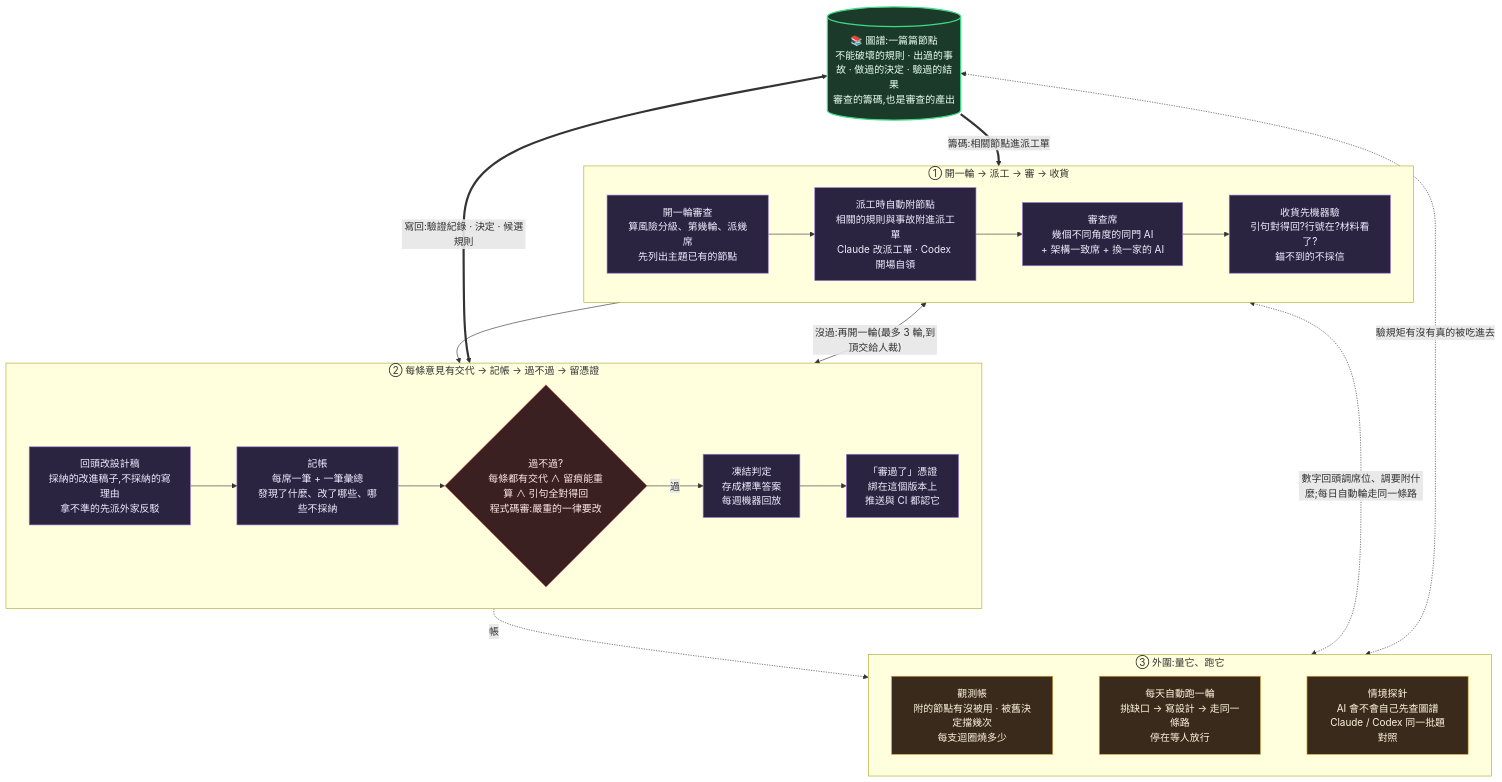
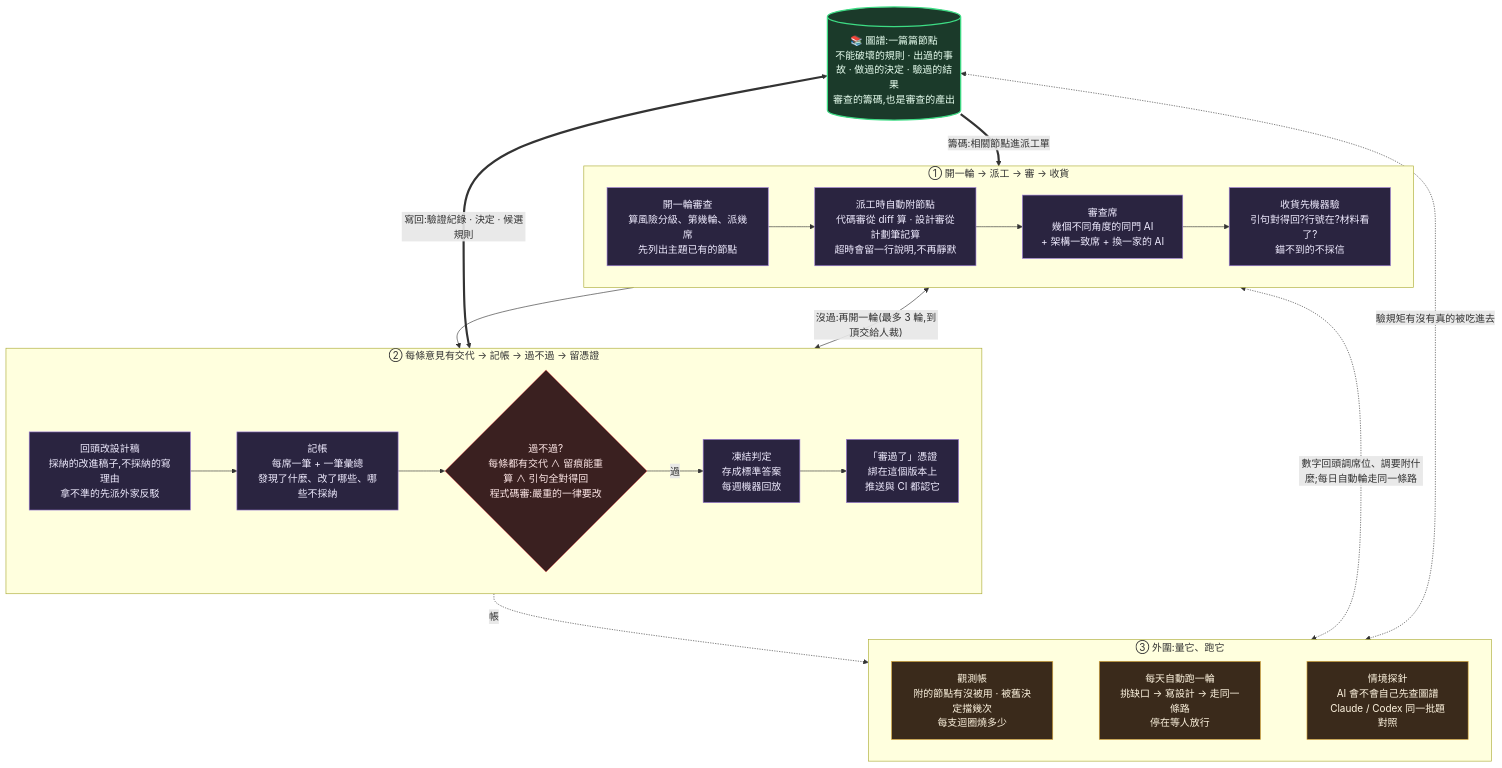
The fifth of 5 diagrams in ARCHITECTURE.md (EnzoHsieh-Android/Lumos), drawn with Mermaid before and after one commit. The commit also changed 4 other files, not shown here.

First line of the commit message:
docs(六修): 良性循環圖鏡頭標籤(中英)、總覽 FLOW、指令索引計劃補段

````diff
--- a/ARCHITECTURE.md
+++ b/ARCHITECTURE.md
@@ -192,36 +192,36 @@
 ```mermaid
 flowchart TB
     NODES[("📚 圖譜:一篇篇節點<br/>不能破壞的規則 · 出過的事故 · 做過的決定 · 驗過的結果<br/>審查的籌碼,也是審查的產出")]
 
     subgraph R1["① 開一輪 → 派工 → 審 → 收貨"]
         direction LR
-        NEXT["開一輪審查<br/>算風險分級、第幾輪、派幾席<br/>先列出主題已有的節點"] --> LENS["派工時自動附節點<br/>相關的規則與事故附進派工單<br/>Claude 改派工單 · Codex 開場自領"] --> SEATS["審查席<br/>幾個不同角度的同門 AI<br/>+ 架構一致席 + 換一家的 AI"] --> INTAKE["收貨先機器驗<br/>引句對得回?行號在?材料看了?<br/>錨不到的不採信"]
+        NEXT["開一輪審查<br/>算風險分級、第幾輪、派幾席<br/>先列出主題已有的節點"] --> LENS["派工時自動附節點<br/>代碼審從 diff 算 · 設計審從計劃筆記算<br/>超時會留一行說明,不再靜默"] --> SEATS["審查席<br/>幾個不同角度的同門 AI<br/>+ 架構一致席 + 換一家的 AI"] --> INTAKE["收貨先機器驗<br/>引句對得回?行號在?材料看了?<br/>錨不到的不採信"]
     end
 
     subgraph R2["② 每條意見有交代 → 記帳 → 過不過 → 留憑證"]
         direction LR
         FOLD["回頭改設計稿<br/>採納的改進稿子,不採納的寫理由<br/>拿不準的先派外家反駁"] --> LEDGER["記帳<br/>每席一筆 + 一筆彙總<br/>發現了什麼、改了哪些、哪些不採納"] --> GATE{"過不過?<br/>每條都有交代 ∧ 留痕能重算 ∧ 引句全對得回<br/>程式碼審:嚴重的一律要改"} -->|過| FREEZE["凍結判定<br/>存成標準答案<br/>每週機器回放"] --> PASS["「審過了」憑證<br/>綁在這個版本上<br/>推送與 CI 都認它"]
     end
 
     subgraph R3["③ 外圍:量它、跑它"]
         direction LR
         OBS["觀測帳<br/>附的節點有沒被用 · 被舊決定擋幾次<br/>每支迴圈燒多少"] ~~~ AUTO["每天自動跑一輪<br/>挑缺口 → 寫設計 → 走同一條路<br/>停在等人放行"] ~~~ PROBE["情境探針<br/>AI 會不會自己先查圖譜<br/>Claude / Codex 同一批題對照"]
     end
 
     NODES ==>|"籌碼:相關節點進派工單"| R1
     R1 --> R2
     R2 -.->|"帳"| R3
     NODES <==>|"寫回:驗證紀錄 · 決定 · 候選規則"| R2
     R1 <-->|"沒過:再開一輪(最多 3 輪,到頂交給人裁)"| R2
     R1 <-.->|"數字回頭調席位、調要附什麼;每日自動輪走同一條路"| R3
     NODES <-.->|"驗規矩有沒有真的被吃進去"| R3
 
     classDef gnode fill:#1b3a2a,stroke:#3ddc84,stroke-width:2px,color:#e8fff0
     classDef step fill:#2a2440,stroke:#9a7bd6,color:#f0ecff
     classDef gate fill:#3a2020,stroke:#dc5b5b,color:#ffe8e8
     classDef obs fill:#3a2a1b,stroke:#dcab3d,color:#fff5e0
     class NODES gnode
     class NEXT,LENS,SEATS,INTAKE,FOLD,LEDGER,FREEZE,PASS step
     class GATE gate
     class OBS,AUTO,PROBE obs
 ```
````
